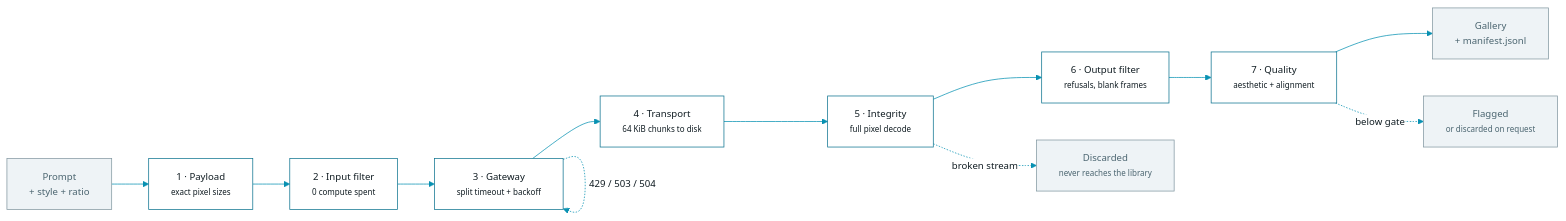
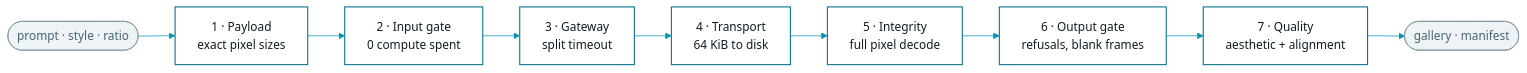
Before and after one commit to HassanKhalid8/Week3_GenerativeAI: the first of 4 diagrams in README.md, drawn with Mermaid. The commit also changed other lines of this file, not shown here.

````diff
--- a/README.md
+++ b/README.md
@@ -129,21 +52,17 @@
 ```mermaid
-%%{init: {'theme':'base','themeVariables':{'primaryColor':'#eef3f6','primaryTextColor':'#101c22','primaryBorderColor':'#0e7490','lineColor':'#0891b2','secondaryColor':'#ffffff','tertiaryColor':'#f5f7f9','fontFamily':'ui-monospace, SFMono-Regular, Consolas, monospace','fontSize':'13px'}}}%%
+%%{init: {'theme':'base','themeVariables':{'primaryColor':'#ffffff','primaryTextColor':'#101c22','primaryBorderColor':'#0e7490','lineColor':'#0891b2','secondaryColor':'#eef3f6','tertiaryColor':'#f5f7f9','fontFamily':'ui-monospace, Consolas, monospace'}}}%%
 flowchart LR
-    P["Prompt<br/>+ style + ratio"] --> S1["1 · Payload<br/><small>exact pixel sizes</small>"]
-    S1 --> S2["2 · Input filter<br/><small>0 compute spent</small>"]
-    S2 --> S3["3 · Gateway<br/><small>split timeout + backoff</small>"]
-    S3 --> S4["4 · Transport<br/><small>64 KiB chunks to disk</small>"]
-    S4 --> S5["5 · Integrity<br/><small>full pixel decode</small>"]
-    S5 --> S6["6 · Output filter<br/><small>refusals, blank frames</small>"]
-    S6 --> S7["7 · Quality<br/><small>aesthetic + alignment</small>"]
-    S7 --> OUT["Gallery<br/>+ manifest.jsonl"]
+    IN(["prompt · style · ratio"]) --> S1["1 · Payload<br/>exact pixel sizes"]
+    S1 --> S2["2 · Input gate<br/>0 compute spent"]
+    S2 --> S3["3 · Gateway<br/>split timeout"]
+    S3 --> S4["4 · Transport<br/>64 KiB to disk"]
+    S4 --> S5["5 · Integrity<br/>full pixel decode"]
+    S5 --> S6["6 · Output gate<br/>refusals, blank frames"]
+    S6 --> S7["7 · Quality<br/>aesthetic + alignment"]
+    S7 --> OUT(["gallery · manifest"])
 
-    S3 -. "429 / 503 / 504" .-> S3
-    S5 -. "broken stream" .-> X["Discarded<br/><small>never reaches the library</small>"]
-    S7 -. "below gate" .-> F["Flagged<br/><small>or discarded on request</small>"]
-
-    classDef stage fill:#ffffff,stroke:#0e7490,stroke-width:1px,color:#101c22;
-    classDef edge fill:#eef3f6,stroke:#8398a1,stroke-width:1px,color:#4b6570;
-    class S1,S2,S3,S4,S5,S6,S7 stage;
-    class P,OUT,X,F edge;
+    classDef s fill:#ffffff,stroke:#0e7490,stroke-width:1.5px,color:#101c22;
+    classDef e fill:#eef3f6,stroke:#8398a1,color:#4b6570;
+    class S1,S2,S3,S4,S5,S6,S7 s;
+    class IN,OUT e;
 ```
````
